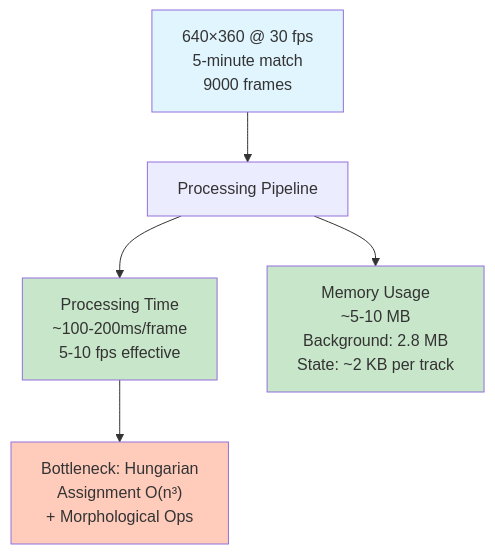
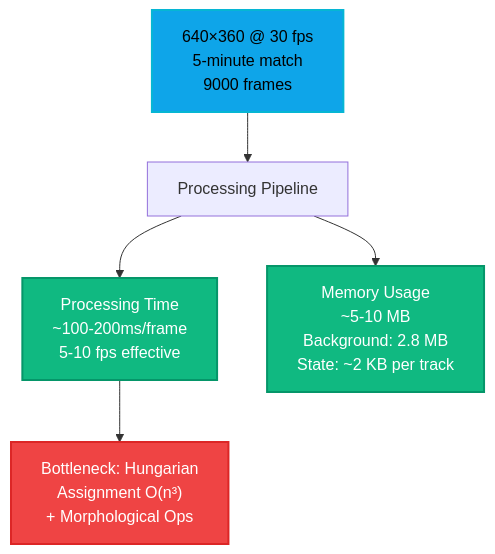
One commit to ALeaf21/LearningJuiceAutoScout changed the tenth of 13 diagrams in docs/SYSTEM_ARCHITECTURE.md. Above: the diagram before and after it, drawn with Mermaid. The commit also changed other lines of this file and 1 other file, not shown here.

Commit message:
doc updated for dark theme

````diff
--- a/docs/SYSTEM_ARCHITECTURE.md
+++ b/docs/SYSTEM_ARCHITECTURE.md
@@ -375,22 +382,23 @@
 ```mermaid
+%%{init: {theme: 'dark'}}%%
 graph TB
     Input["640×360 @ 30 fps<br/>5-minute match<br/>9000 frames"]
     
     Pipeline["Processing Pipeline"]
     
     Time["Processing Time<br/>~100-200ms/frame<br/>5-10 fps effective"]
     
     Memory["Memory Usage<br/>~5-10 MB<br/>Background: 2.8 MB<br/>State: ~2 KB per track"]
     
     Bottleneck["Bottleneck: Hungarian<br/>Assignment O(n³)<br/>+ Morphological Ops"]
     
     Input --> Pipeline
     Pipeline --> Time
     Pipeline --> Memory
     Time --> Bottleneck
     
-    style Input fill:#e1f5ff
-    style Bottleneck fill:#ffccbc
-    style Time fill:#c8e6c9
-    style Memory fill:#c8e6c9
+    style Input fill:#0ea5e9,stroke:#06b6d4,stroke-width:2px,color:#000
+    style Bottleneck fill:#ef4444,stroke:#dc2626,stroke-width:2px,color:#fff
+    style Time fill:#10b981,stroke:#059669,stroke-width:2px,color:#fff
+    style Memory fill:#10b981,stroke:#059669,stroke-width:2px,color:#fff
 ```
````
